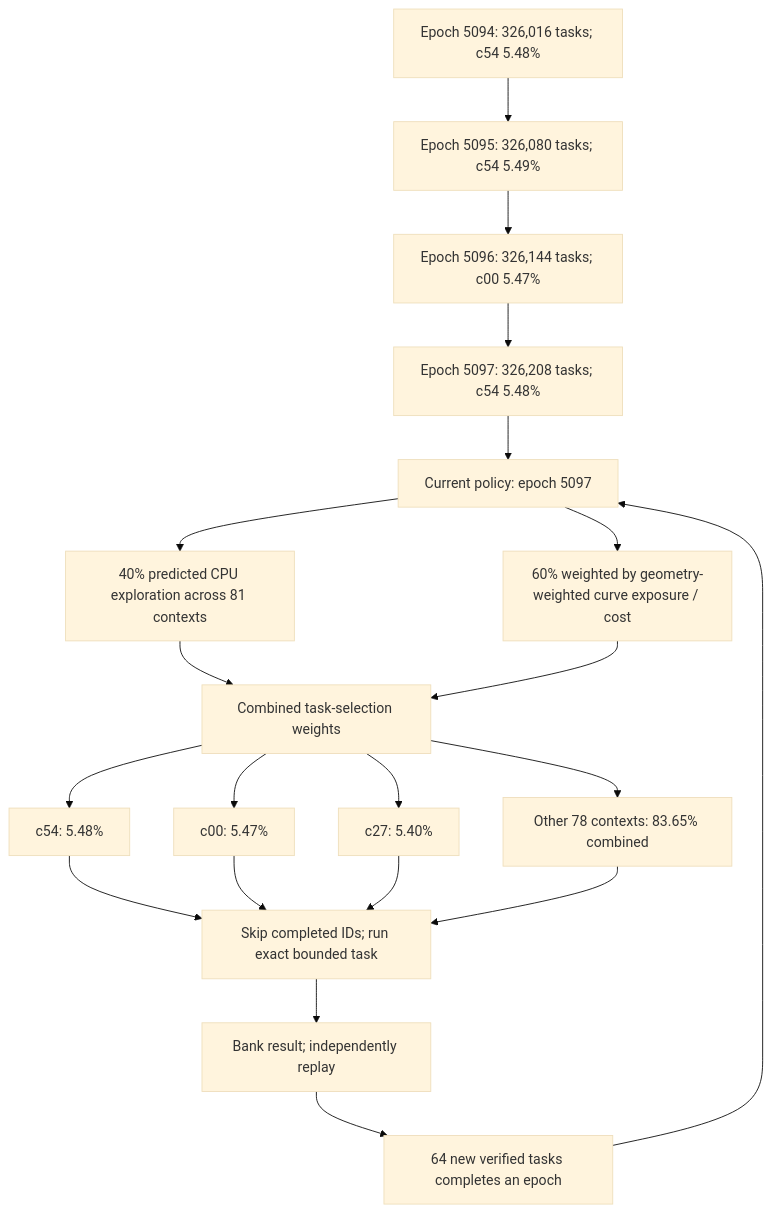
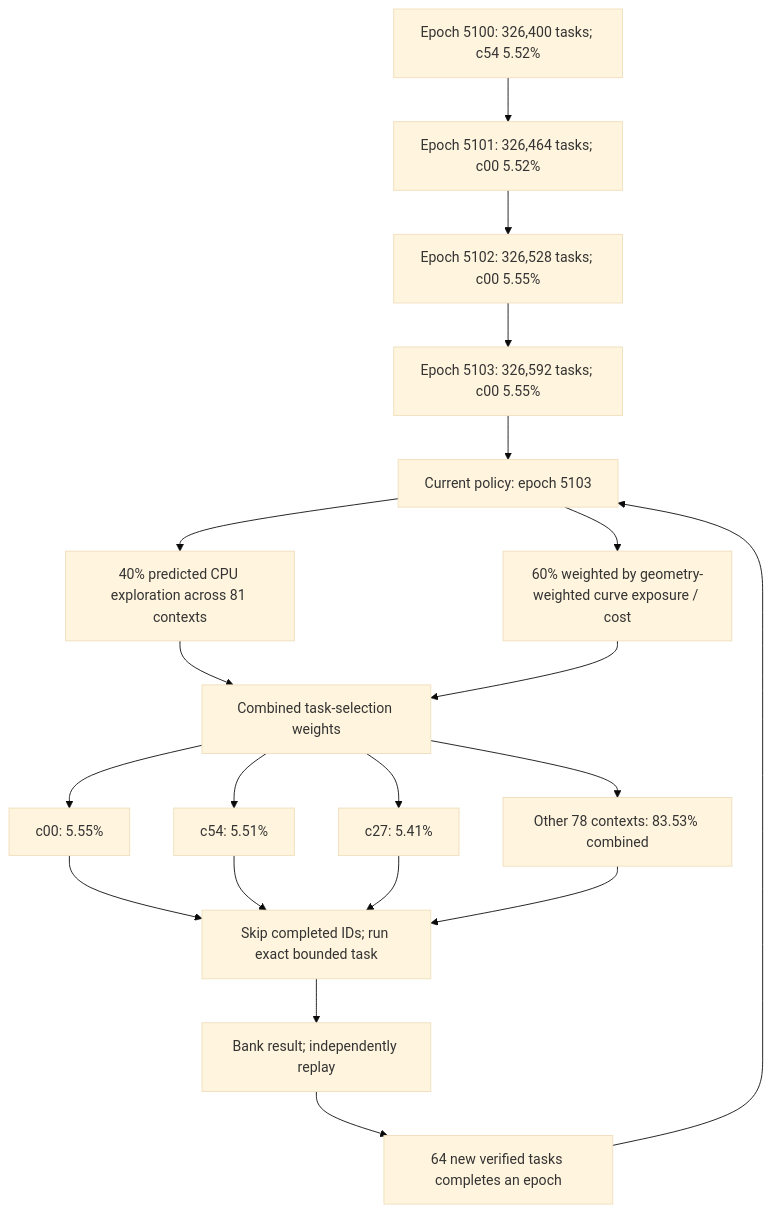
The first of 3 diagrams in README.md (Kuberwastaken/math-gambling), drawn with Mermaid (base theme) before and after one commit. The commit also changed other lines of this file and 1633 other files, not shown here.

````diff
--- a/README.md
+++ b/README.md
@@ -60,27 +60,27 @@
 ```mermaid
 flowchart TD
-    H0["Epoch 5094: 326,016 tasks; c54 5.48%"]
-    H1["Epoch 5095: 326,080 tasks; c54 5.49%"]
+    H0["Epoch 5100: 326,400 tasks; c54 5.52%"]
+    H1["Epoch 5101: 326,464 tasks; c00 5.52%"]
     H0 --> H1
-    H2["Epoch 5096: 326,144 tasks; c00 5.47%"]
+    H2["Epoch 5102: 326,528 tasks; c00 5.55%"]
     H1 --> H2
-    H3["Epoch 5097: 326,208 tasks; c54 5.48%"]
+    H3["Epoch 5103: 326,592 tasks; c00 5.55%"]
     H2 --> H3
-    Policy["Current policy: epoch 5097"]
+    Policy["Current policy: epoch 5103"]
     H3 --> Policy
     Policy --> Explore["40% predicted CPU exploration across 81 contexts"]
     Policy --> Cost["60% weighted by geometry-weighted curve exposure / cost"]
     Explore --> Mix["Combined task-selection weights"]
     Cost --> Mix
-    Mix --> C0["c54: 5.48%"]
-    Mix --> C1["c00: 5.47%"]
-    Mix --> C2["c27: 5.40%"]
-    Mix --> Rest["Other 78 contexts: 83.65% combined"]
+    Mix --> C0["c00: 5.55%"]
+    Mix --> C1["c54: 5.51%"]
+    Mix --> C2["c27: 5.41%"]
+    Mix --> Rest["Other 78 contexts: 83.53% combined"]
     C0 --> Check["Skip completed IDs; run exact bounded task"]
     C1 --> Check
     C2 --> Check
     Rest --> Check
     Check --> Replay["Bank result; independently replay"]
     Replay --> Gate["64 new verified tasks completes an epoch"]
     Gate --> Policy
 ```
````
